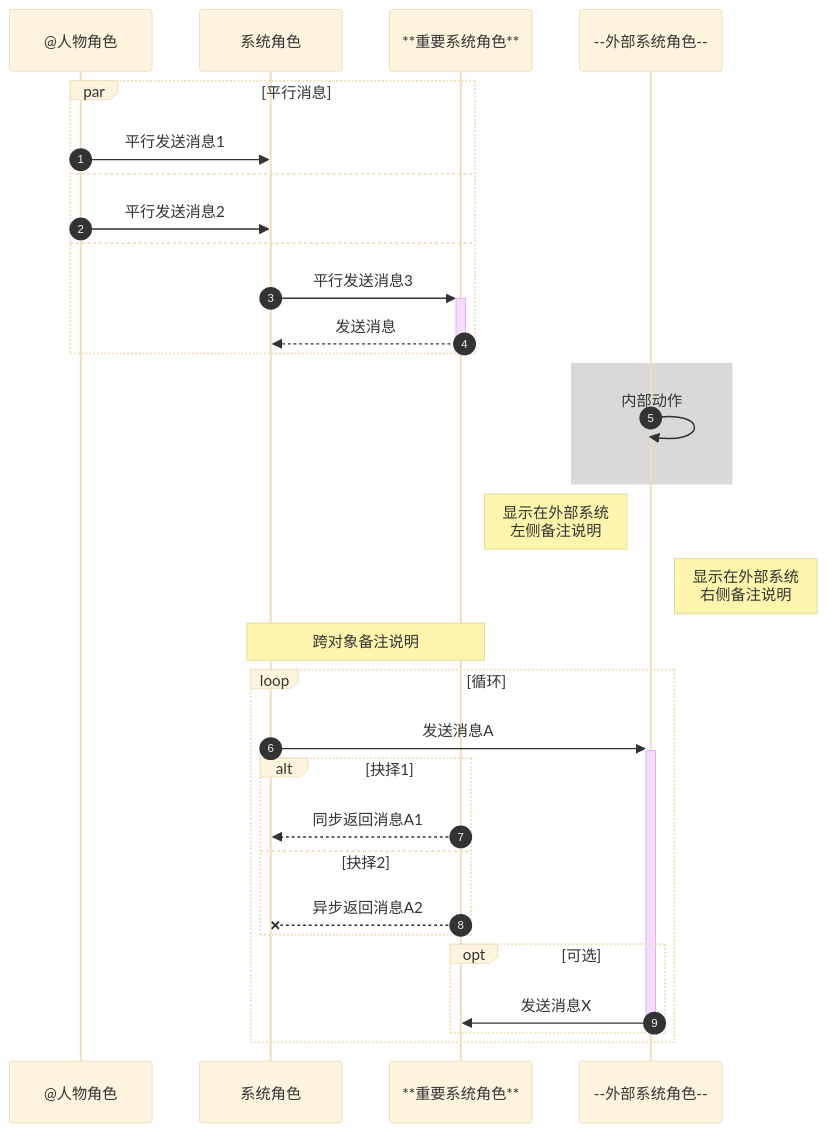
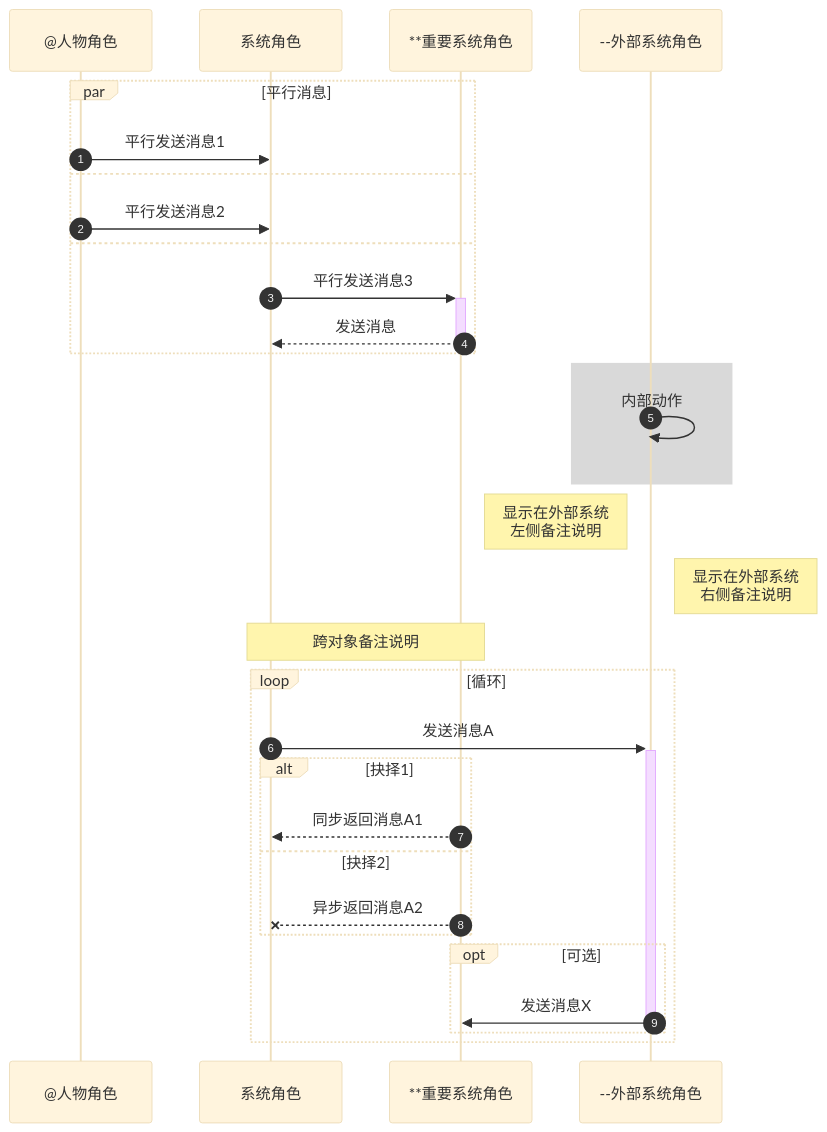
Before and after one commit to MadMaxChow/VLOOK: the third of 12 diagrams in released/demo/脚本化图表参考指南.md, drawn with Mermaid (base theme). The commit also changed other lines of this file and 26 other files, not shown here.

````diff
--- a/released/demo/脚本化图表参考指南.md
+++ b/released/demo/脚本化图表参考指南.md
@@ -99,39 +99,39 @@
 ```mermaid
 sequenceDiagram
 %% 设置显示消息的自动编号
 autonumber
 
 participant User as @人物角色
 participant Client as 系统角色
-participant Server as **重要系统角色**
-participant Extend as --外部系统角色--
+participant Server as **重要系统角色
+participant Extend as --外部系统角色
 
 par 平行消息
 	User ->> Client: 平行发送消息1
 and
 	User ->> Client: 平行发送消息2
 and
   Client ->>+ Server: 平行发送消息3
   Server -->>- Client: 发送消息
 end
 
 %% 设置区域高亮
 rect rgba(128, 128, 128, 0.3)
 	Extend ->> Extend: 内部动作
 end
 
 Note left of Extend: 显示在外部系统<br>左侧备注说明
 Note right of Extend: 显示在外部系统<br>右侧备注说明
 Note over Client,Server: 跨对象备注说明
 loop 循环
 	Client ->>+ Extend: 发送消息A
 	alt 抉择1
 		Server -->> Client: 同步返回消息A1
 	else 抉择2
 		Server --X Client: 异步返回消息A2
 	end
 	opt 可选
 		Extend ->>- Server: 发送消息X
 	end
 end
 ```
````
